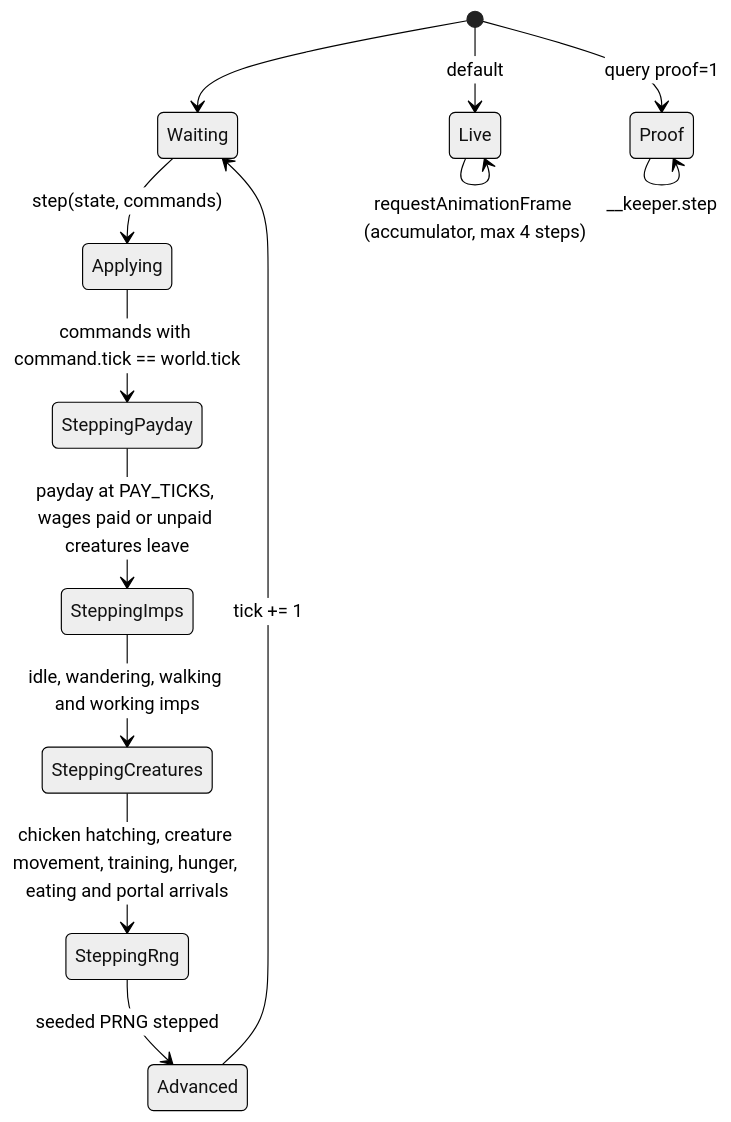
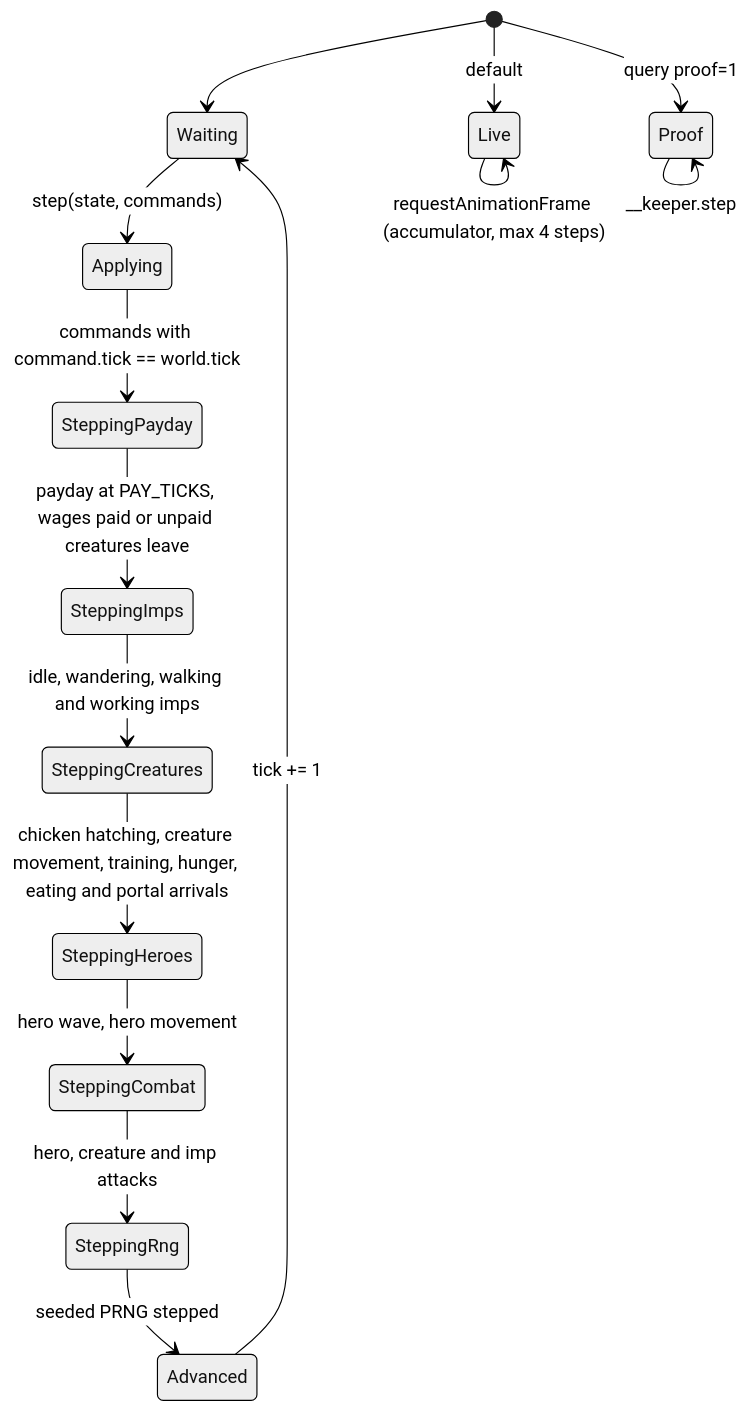
The eighth of 8 diagrams in docs/design.md (jmporchet/keeper), drawn with Mermaid (neutral theme) before and after one commit. The commit also changed other lines of this file and 17 other files, not shown here.

````diff
--- a/docs/design.md
+++ b/docs/design.md
@@ -261,15 +292,17 @@
 ```mermaid
 stateDiagram-v2
     [*] --> Waiting
     Waiting --> Applying: step(state, commands)
     Applying --> SteppingPayday: commands with command.tick == world.tick
     SteppingPayday --> SteppingImps: payday at PAY_TICKS, wages paid or unpaid creatures leave
     SteppingImps --> SteppingCreatures: idle, wandering, walking and working imps
-    SteppingCreatures --> SteppingRng: chicken hatching, creature movement, training, hunger, eating and portal arrivals
+    SteppingCreatures --> SteppingHeroes: chicken hatching, creature movement, training, hunger, eating and portal arrivals
+    SteppingHeroes --> SteppingCombat: hero wave, hero movement
+    SteppingCombat --> SteppingRng: hero, creature and imp attacks
     SteppingRng --> Advanced: seeded PRNG stepped
     Advanced --> Waiting: tick += 1
     [*] --> Live: default
     [*] --> Proof: query proof=1
     Live --> Live: requestAnimationFrame (accumulator, max 4 steps)
     Proof --> Proof: __keeper.step
 ```
````
